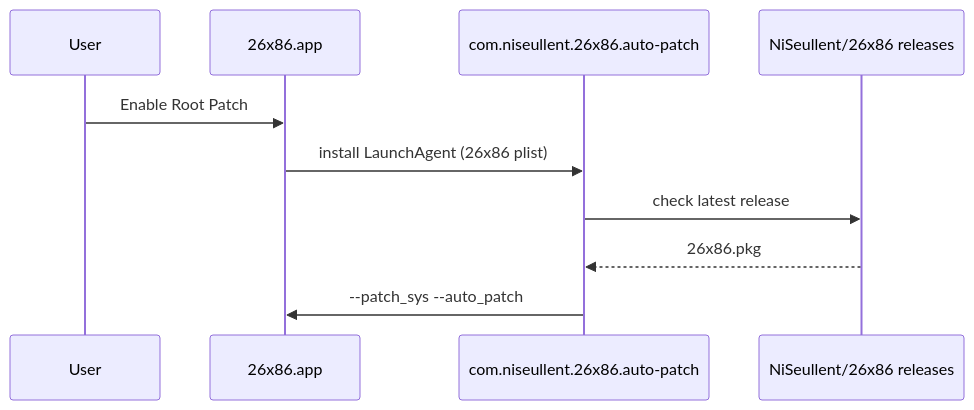
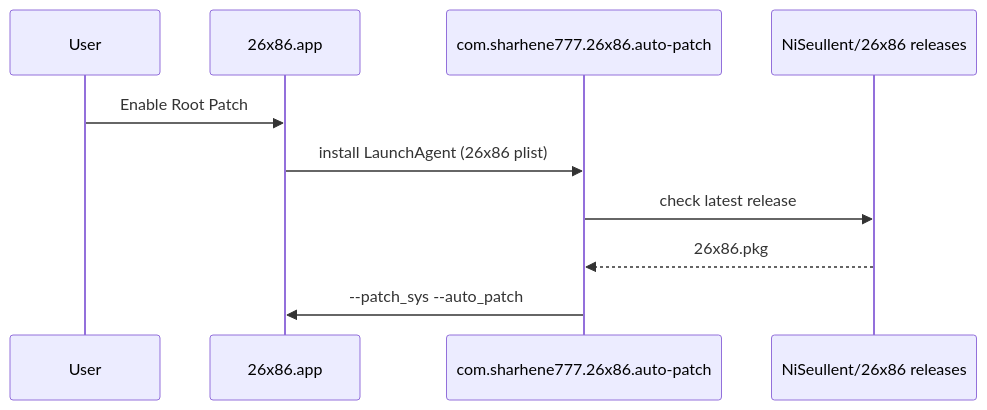
One commit to NiSeullent/26x86 changed the diagram in docs/ARCHITECTURE-26x86.md. Above: the diagram before and after it, drawn with Mermaid. The commit also changed other lines of this file and 192 other files, not shown here.

First line of the commit message:
refactor: com.sharhene777.26x86 통일 및 OCLP plist 의존 제거

````diff
--- a/docs/ARCHITECTURE-26x86.md
+++ b/docs/ARCHITECTURE-26x86.md
@@ -113,13 +113,13 @@
 ```mermaid
 sequenceDiagram
     participant User
     participant 26x86 as 26x86.app
-    participant LA as com.niseullent.26x86.auto-patch
+    participant LA as com.sharhene777.26x86.auto-patch
     participant API as NiSeullent/26x86 releases
 
     User->>26x86: Enable Root Patch
     26x86->>LA: install LaunchAgent (26x86 plist)
     LA->>API: check latest release
     API-->>LA: 26x86.pkg
     LA->>26x86: --patch_sys --auto_patch
 ```
````
